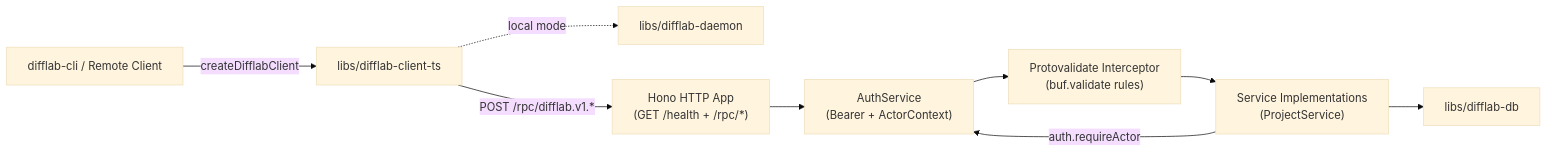
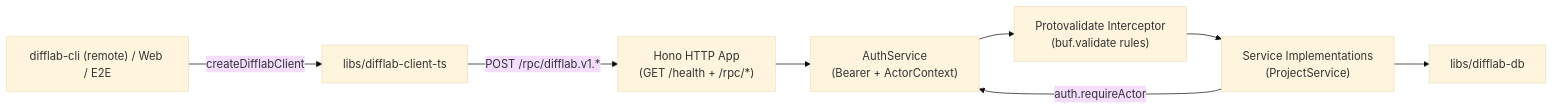
The first of 2 diagrams in docs/architecture/difflab-api/index.md (difflab-io/difflab), drawn with Mermaid (base theme) before and after one commit. The commit also changed other lines of this file and 38 other files, not shown here.

Commit message:
refactor(cli,api): remove local daemon and use direct local SQLite with shared DTO utils

````diff
--- a/docs/architecture/difflab-api/index.md
+++ b/docs/architecture/difflab-api/index.md
@@ -28,11 +28,10 @@
 ```mermaid
 flowchart LR
-  Caller["difflab-cli / Remote Client"] -->|"createDifflabClient"| SDK["libs/difflab-client-ts"]
-  SDK -.->|"local mode"| Daemon["libs/difflab-daemon"]
+  Caller["difflab-cli (remote) / Web / E2E"] -->|"createDifflabClient"| SDK["libs/difflab-client-ts"]
   SDK -->|"POST /rpc/difflab.v1.*"| Hono["Hono HTTP App<br/>(GET /health + /rpc/*)"]
   Hono --> Auth["AuthService<br/>(Bearer + ActorContext)"]
   Auth --> Validate["Protovalidate Interceptor<br/>(buf.validate rules)"]
   Validate --> Handlers["Service Implementations<br/>(ProjectService)"]
   Handlers -->|"auth.requireActor"| Auth
   Handlers --> DB["libs/difflab-db"]
 ```
````
